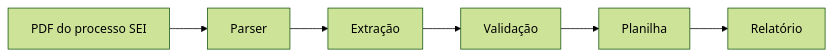
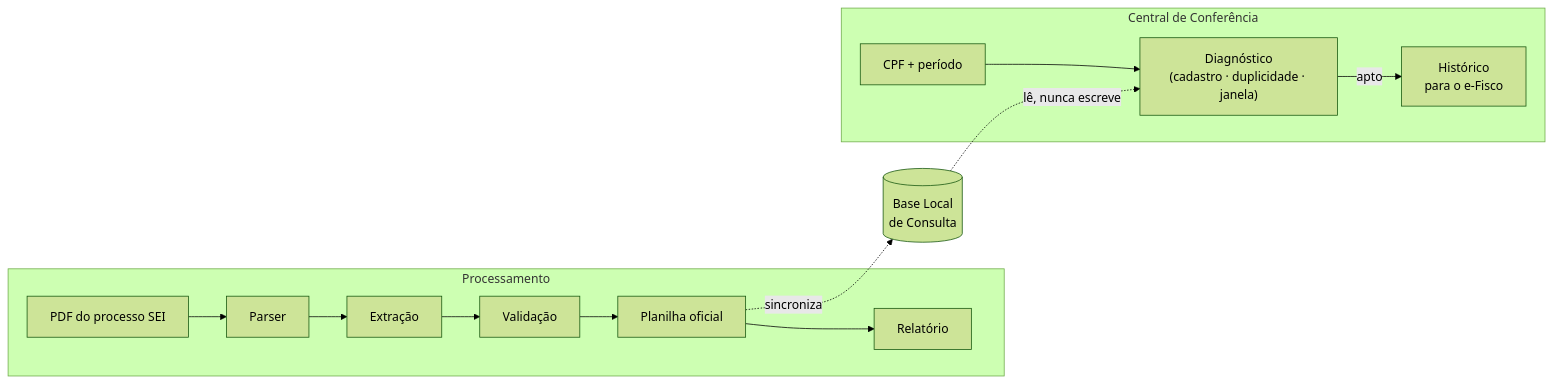
The diagram in README.md (vini-c-m/ExtratorDiarias), drawn with Mermaid (forest theme) before and after one commit. The commit also changed other lines of this file and 23 other files, not shown here.

````diff
--- a/README.md
+++ b/README.md
@@ -71,8 +106,16 @@
 ```mermaid
 flowchart LR
-    A["PDF do processo SEI"] --> B["Parser"]
-    B --> C["Extração"]
-    C --> D["Validação"]
-    D --> E["Planilha"]
-    E --> F["Relatório"]
+    subgraph Processamento
+        A["PDF do processo SEI"] --> B["Parser"]
+        B --> C["Extração"]
+        C --> D["Validação"]
+        D --> E["Planilha oficial"]
+        E --> F["Relatório"]
+    end
+    E -.->|sincroniza| G[("Base Local\nde Consulta")]
+    subgraph "Central de Conferência"
+        H["CPF + período"] --> I["Diagnóstico\n(cadastro · duplicidade · janela)"]
+        I -->|apto| J["Histórico\npara o e-Fisco"]
+    end
+    G -.->|lê, nunca escreve| I
 ```
````
